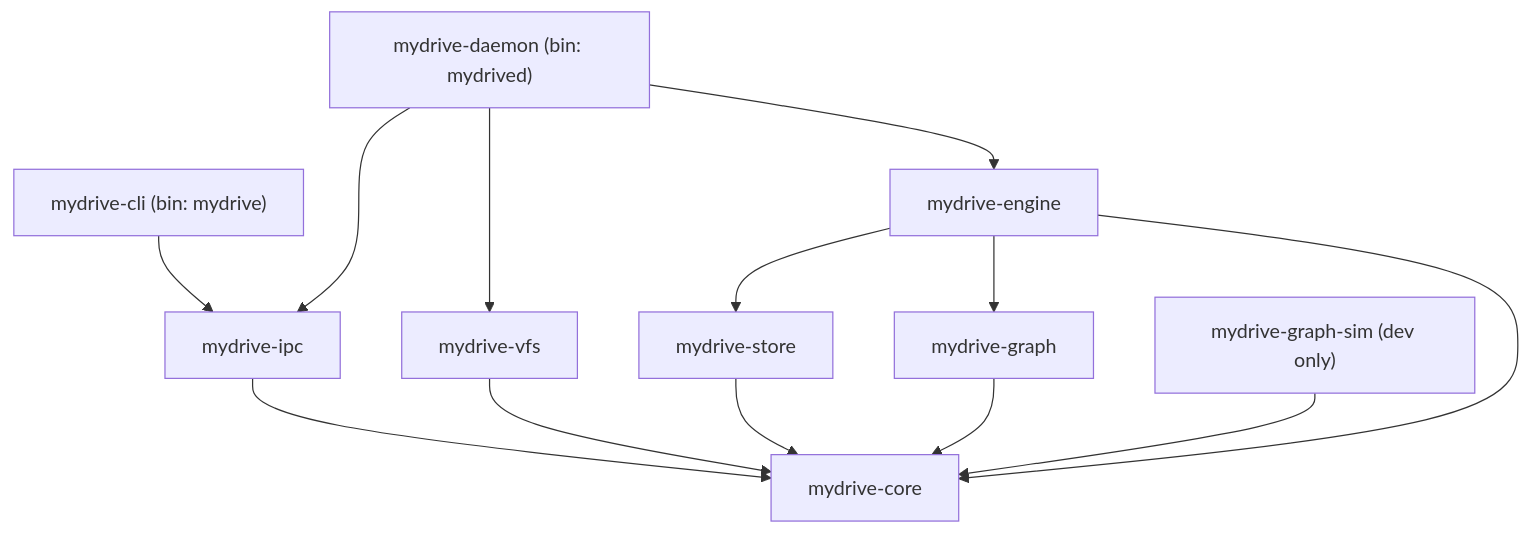
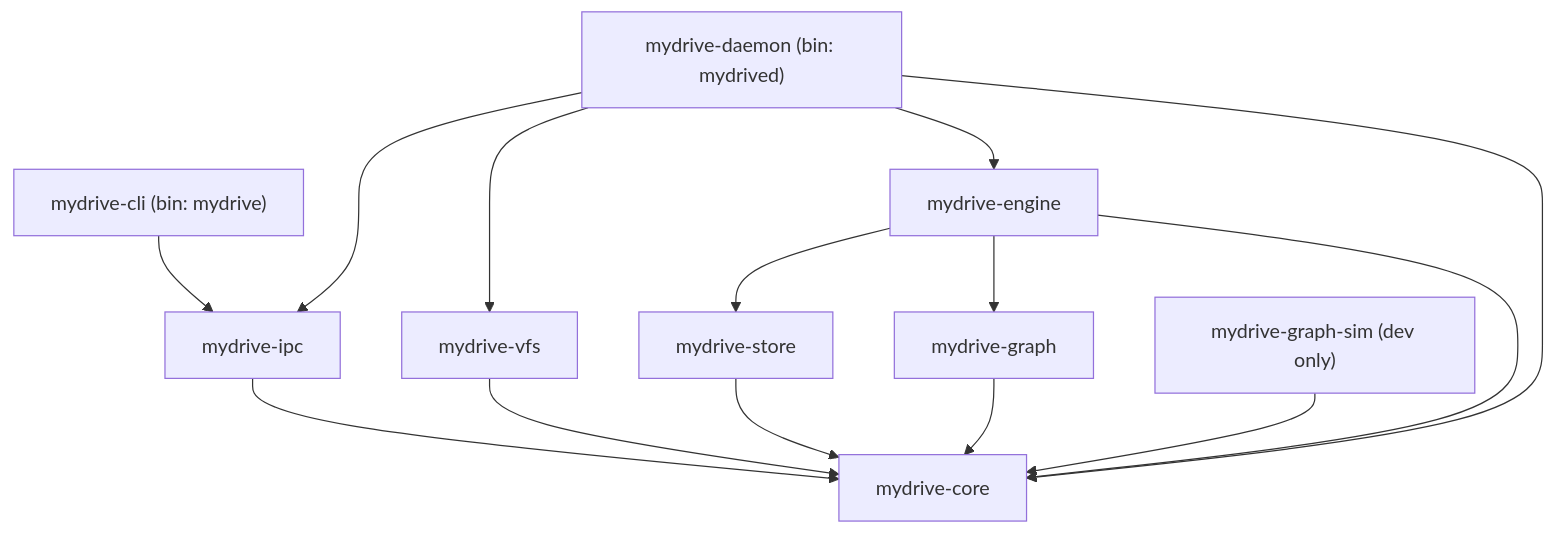
One commit to paulpitchford/my-drive changed the second of 2 diagrams in docs/architecture/overview.md. Above: the diagram before and after it, drawn with Mermaid. The commit also changed 1 other file, not shown here.

Commit message:
docs: allow the daemon to depend on core and correct WP-014
The crate diagram gains the edge daemon to core, which M1's daemon needs
for ids and configuration types. The CLI stays limited to mydrive-ipc
(ADR-0004 R3), so WP-014 no longer lists core for it. WP-014 also names
toml as the config reader, sha2 for the simulator, and owns
client/error.rs where Operation lives.

Claude-Session: https://claude.ai/code/session_01FtkijJN5Ao7yQi71qsXciT

````diff
--- a/docs/architecture/overview.md
+++ b/docs/architecture/overview.md
@@ -90,16 +90,17 @@
 ```mermaid
 flowchart TB
     cli["mydrive-cli (bin: mydrive)"] --> ipc
     daemon["mydrive-daemon (bin: mydrived)"] --> ipc
     daemon --> vfs
     daemon --> engine
+    daemon --> core
     vfs["mydrive-vfs"] --> core
     engine["mydrive-engine"] --> store
     engine --> graphcrate
     engine --> core
     ipc["mydrive-ipc"] --> core
     store["mydrive-store"] --> core
     graphcrate["mydrive-graph"] --> core
     sim["mydrive-graph-sim (dev only)"] --> core
     core["mydrive-core"]
 ```
````
